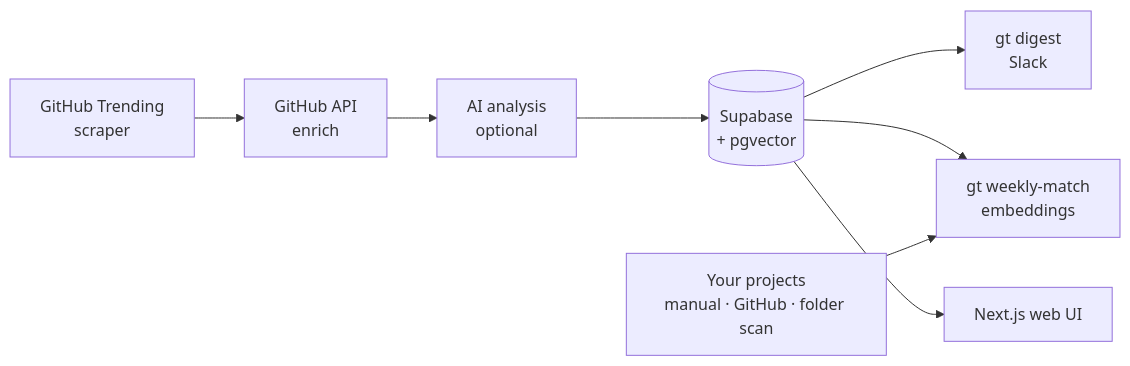
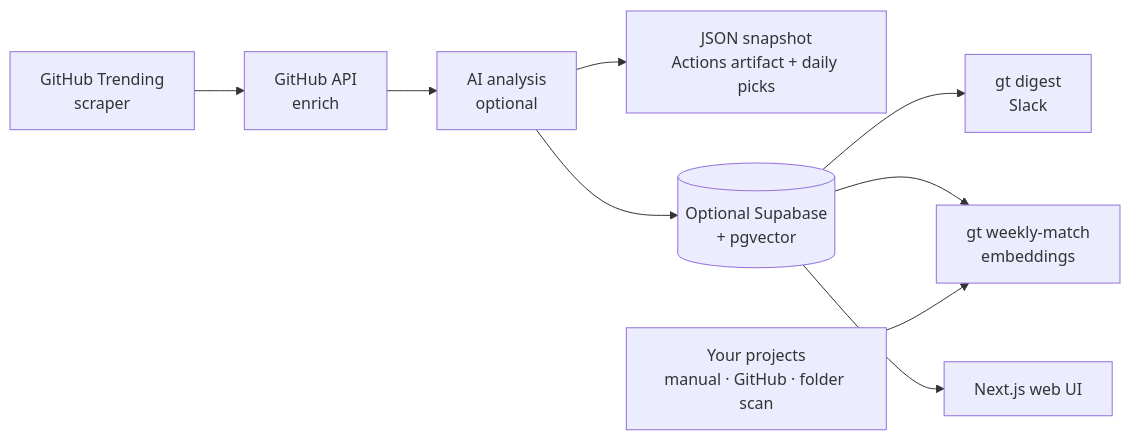
One commit to kks0488/repofit changed the diagram in README.md. Above: the diagram before and after it, drawn with Mermaid. The commit also changed other lines of this file and 10 other files, not shown here.

````diff
--- a/README.md
+++ b/README.md
@@ -95,10 +178,11 @@
 ```mermaid
 flowchart LR
     A[GitHub Trending<br/>scraper] --> B[GitHub API<br/>enrich]
     B --> C[AI analysis<br/>optional]
-    C --> D[(Supabase<br/>+ pgvector)]
+    C --> J[JSON snapshot<br/>Actions artifact + daily picks]
+    C --> D[(Optional Supabase<br/>+ pgvector)]
     D --> E[gt digest<br/>Slack]
     D --> F[gt weekly-match<br/>embeddings]
     G[Your projects<br/>manual · GitHub · folder scan] --> F
     D --> H[Next.js web UI]
 ```
````
